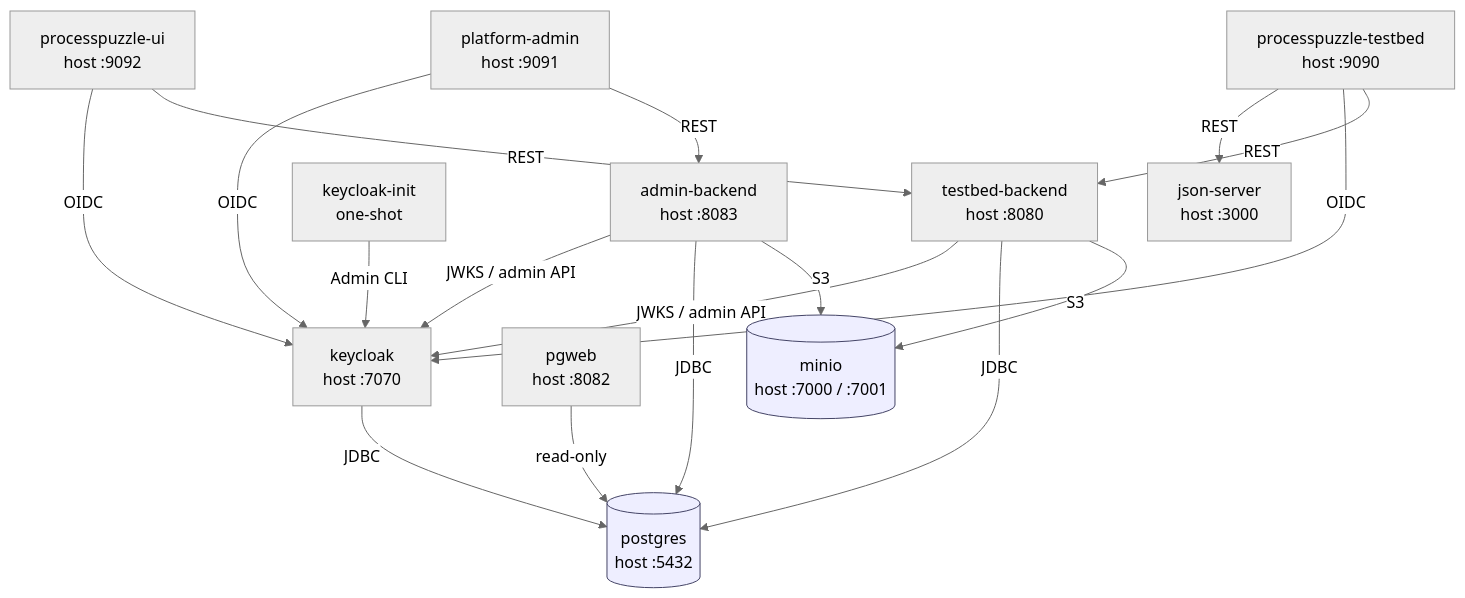
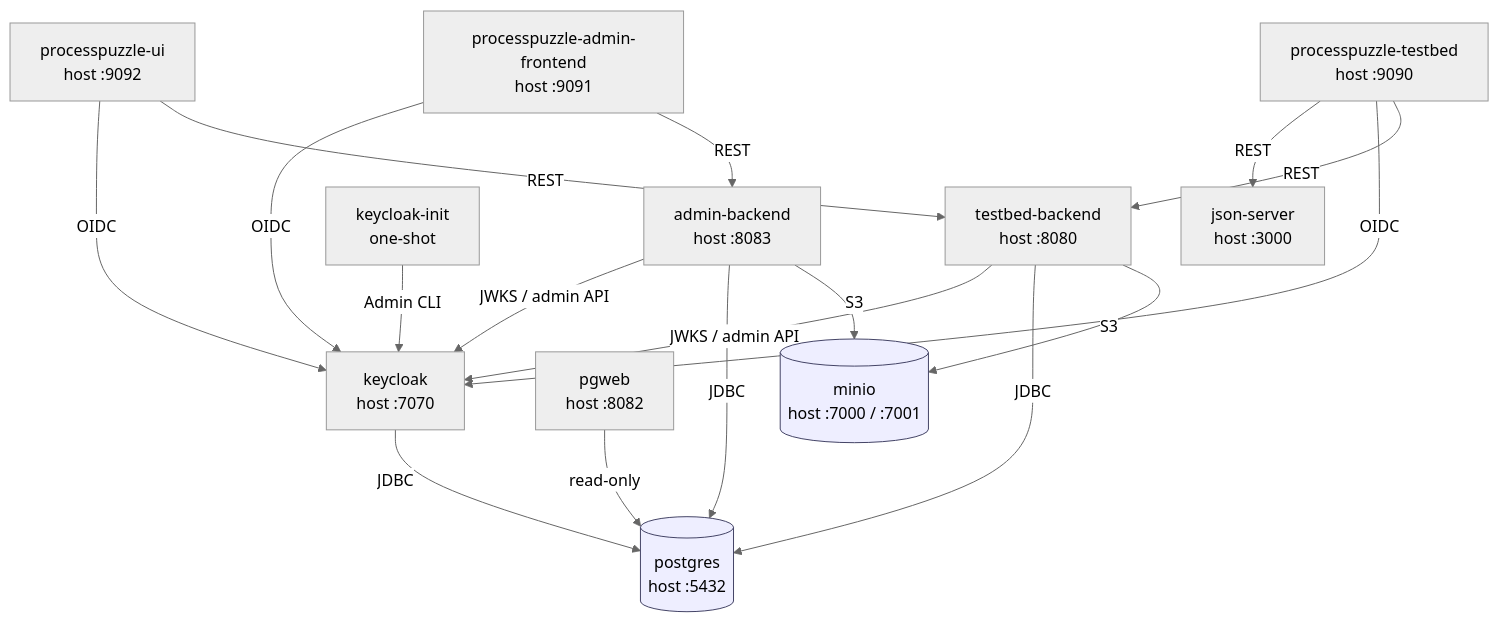
Before and after one commit to ZsZs/processpuzzle: the diagram in tools/README.md, drawn with Mermaid (neutral theme). The commit also changed other lines of this file and 122 other files, not shown here.

````diff
--- a/tools/README.md
+++ b/tools/README.md
@@ -50,35 +50,35 @@
 ```mermaid
 graph TD
     testbed[processpuzzle-testbed<br/>host :9090]
-    admin[platform-admin<br/>host :9091]
+    admin[processpuzzle-admin-frontend<br/>host :9091]
     ui[processpuzzle-ui<br/>host :9092]
     tbackend[testbed-backend<br/>host :8080]
     abackend[admin-backend<br/>host :8083]
     keycloak[keycloak<br/>host :7070]
     kcinit[keycloak-init<br/>one-shot]
     postgres[(postgres<br/>host :5432)]
     pgweb[pgweb<br/>host :8082]
     minio[(minio<br/>host :7000 / :7001)]
     jsonserver[json-server<br/>host :3000]
 
     testbed -- REST --> tbackend
     testbed -- OIDC --> keycloak
     testbed -- REST --> jsonserver
     admin -- REST --> abackend
     admin -- OIDC --> keycloak
     ui -- REST --> tbackend
     ui -- OIDC --> keycloak
 
     tbackend -- S3 --> minio
     tbackend -- JDBC --> postgres
     tbackend -- "JWKS / admin API" --> keycloak
     abackend -- S3 --> minio
     abackend -- JDBC --> postgres
     abackend -- "JWKS / admin API" --> keycloak
     kcinit -- "Admin CLI" --> keycloak
     keycloak -- JDBC --> postgres
     pgweb -- read-only --> postgres
 
     classDef store fill:#eef,stroke:#446
     class postgres,minio store
 ```
````
